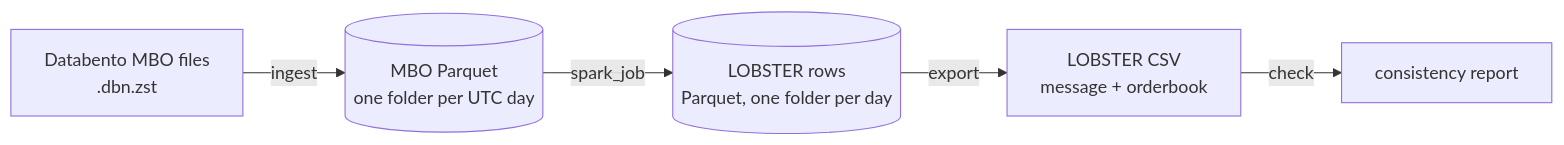
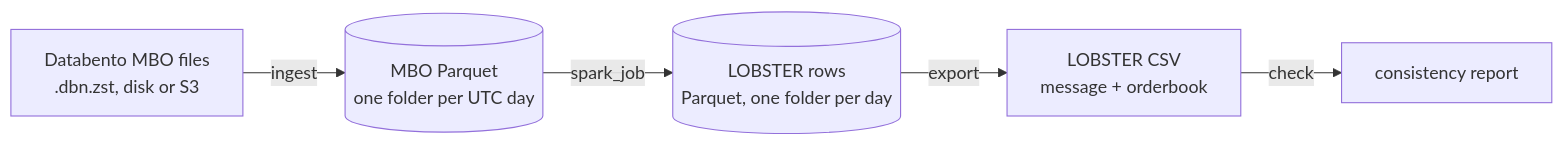
The diagram in README.md (akluu/lob-pipeline), drawn with Mermaid before and after one commit. The commit also changed other lines of this file, not shown here.

Commit message:
README: running at scale, per-day status, S3 and Docker

````diff
--- a/README.md
+++ b/README.md
@@ -11,7 +12,7 @@
 ```mermaid
 flowchart LR
-    A["Databento MBO files<br/>.dbn.zst"] -->|ingest| B[("MBO Parquet<br/>one folder per UTC day")]
+    A["Databento MBO files<br/>.dbn.zst, disk or S3"] -->|ingest| B[("MBO Parquet<br/>one folder per UTC day")]
     B -->|spark_job| C[("LOBSTER rows<br/>Parquet, one folder per day")]
     C -->|export| D["LOBSTER CSV<br/>message + orderbook"]
     D -->|check| E["consistency report"]
 ```
````
